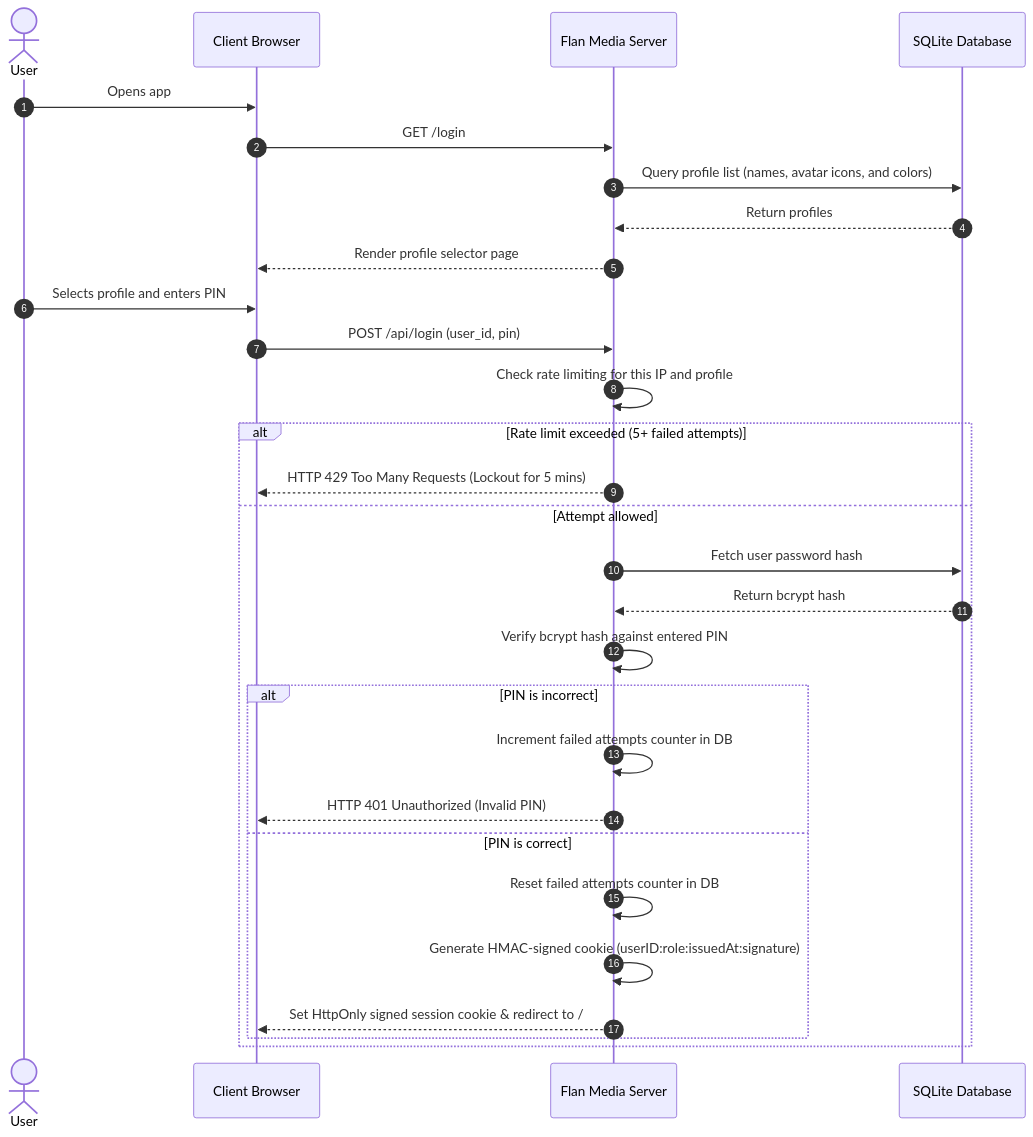
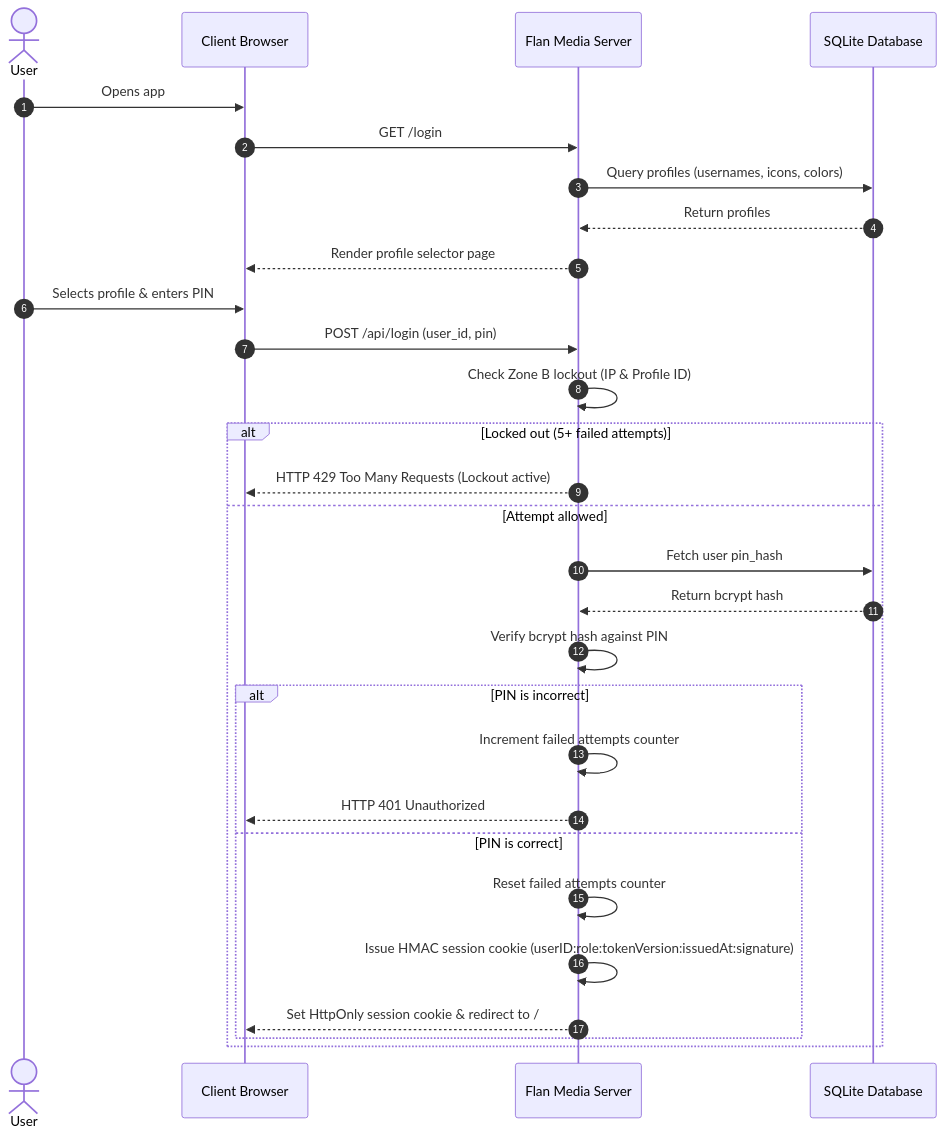
One commit to WesleyEsq/Flan-Media-Server changed the second of 5 diagrams in docs/diagrams/user-flows.md. Above: the diagram before and after it, drawn with Mermaid. The commit also changed other lines of this file and 14 other files, not shown here.

````diff
--- a/docs/diagrams/user-flows.md
+++ b/docs/diagrams/user-flows.md
@@ -36,35 +36,32 @@
 ```mermaid
 sequenceDiagram
     autonumber
     actor User
     participant Browser as Client Browser
     participant Server as Flan Media Server
     participant DB as SQLite Database
 
     User->>Browser: Opens app
     Browser->>Server: GET /login
-    Server->>DB: Query profile list (names, avatar icons, and colors)
+    Server->>DB: Query profiles (usernames, icons, colors)
     DB-->>Server: Return profiles
     Server-->>Browser: Render profile selector page
-
-    User->>Browser: Selects profile and enters PIN
+    User->>Browser: Selects profile & enters PIN
     Browser->>Server: POST /api/login (user_id, pin)
-
-    Server->>Server: Check rate limiting for this IP and profile
-    alt Rate limit exceeded (5+ failed attempts)
-        Server-->>Browser: HTTP 429 Too Many Requests (Lockout for 5 mins)
+    Server->>Server: Check Zone B lockout (IP & Profile ID)
+    alt Locked out (5+ failed attempts)
+        Server-->>Browser: HTTP 429 Too Many Requests (Lockout active)
     else Attempt allowed
-        Server->>DB: Fetch user password hash
+        Server->>DB: Fetch user pin_hash
         DB-->>Server: Return bcrypt hash
-        Server->>Server: Verify bcrypt hash against entered PIN
-
+        Server->>Server: Verify bcrypt hash against PIN
         alt PIN is incorrect
-            Server->>Server: Increment failed attempts counter in DB
-            Server-->>Browser: HTTP 401 Unauthorized (Invalid PIN)
+            Server->>Server: Increment failed attempts counter
+            Server-->>Browser: HTTP 401 Unauthorized
         else PIN is correct
-            Server->>Server: Reset failed attempts counter in DB
-            Server->>Server: Generate HMAC-signed cookie (userID:role:issuedAt:signature)
-            Server-->>Browser: Set HttpOnly signed session cookie & redirect to /
+            Server->>Server: Reset failed attempts counter
+            Server->>Server: Issue HMAC session cookie (userID:role:tokenVersion:issuedAt:signature)
+            Server-->>Browser: Set HttpOnly session cookie & redirect to /
         end
     end
 ```
````
